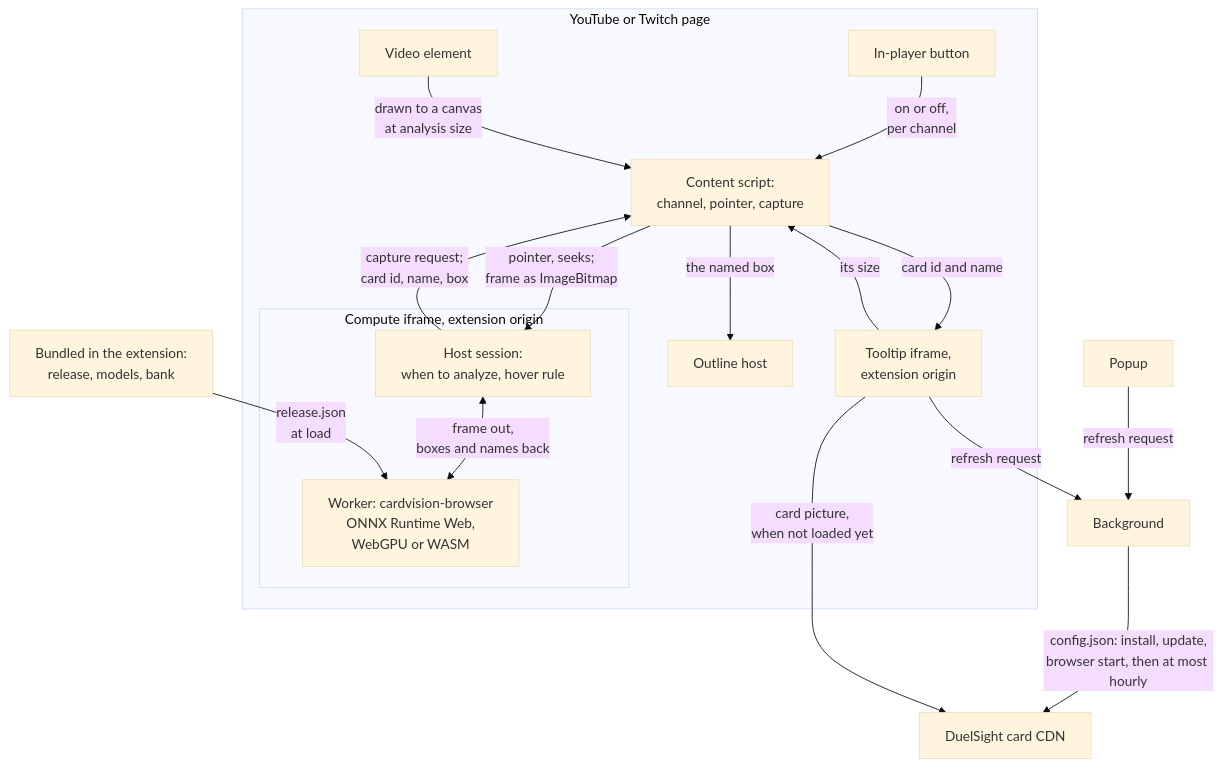
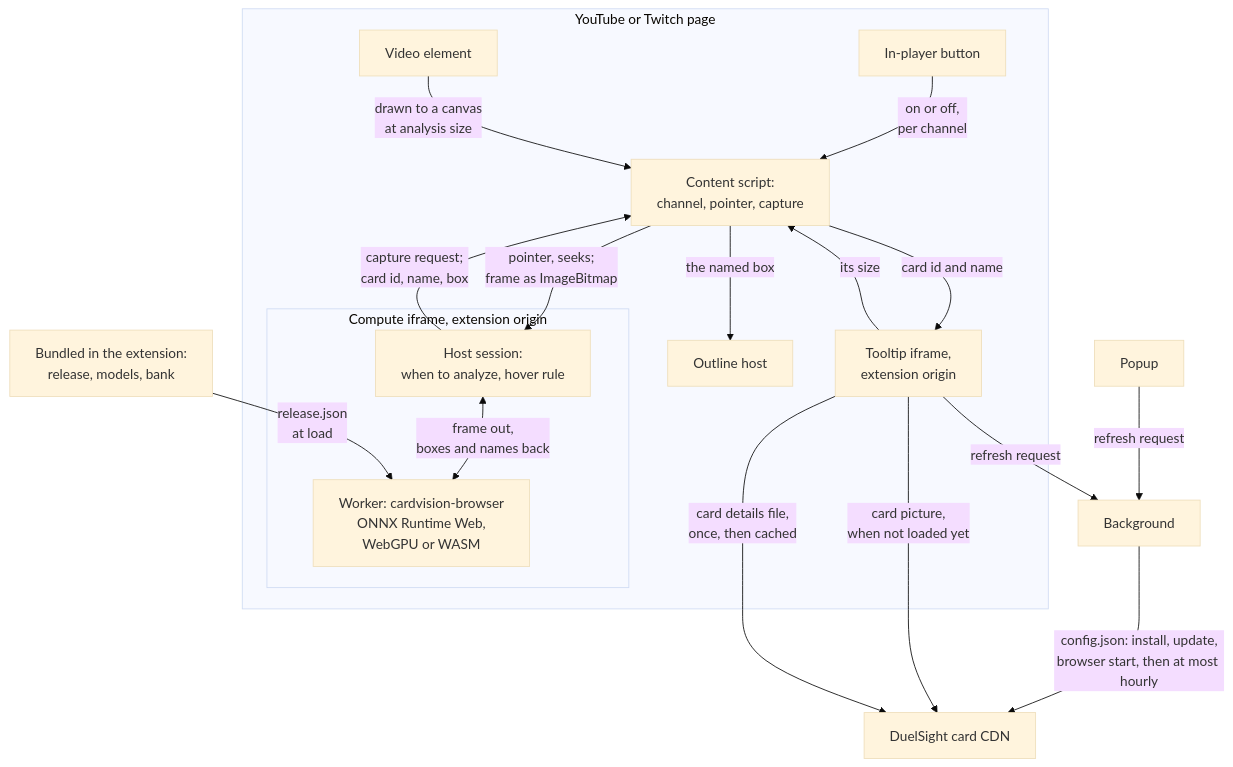
Before and after one commit to ryangswe/duelsight: the diagram in docs/how-it-works.md, drawn with Mermaid (base theme). The commit also changed other lines of this file and 7 other files, not shown here.

````diff
--- a/docs/how-it-works.md
+++ b/docs/how-it-works.md
@@ -33,32 +33,33 @@
 ```mermaid
 flowchart TD
     subgraph PAGE["YouTube or Twitch page"]
         VID["Video element"]
         CS["Content script:<br/>channel, pointer, capture"]
         BTN["In-player button"]
         OUT["Outline host"]
         subgraph CF["Compute iframe, extension origin"]
             HS["Host session:<br/>when to analyze, hover rule"]
             W["Worker: cardvision-browser<br/>ONNX Runtime Web,<br/>WebGPU or WASM"]
         end
         TT["Tooltip iframe,<br/>extension origin"]
     end
     PKG["Bundled in the extension:<br/>release, models, bank"]
     POP["Popup"]
     BG["Background"]
     CDN["DuelSight card CDN"]
 
     BTN -- "on or off,<br/>per channel" --> CS
     VID -- "drawn to a canvas<br/>at analysis size" --> CS
     CS -- "pointer, seeks;<br/>frame as ImageBitmap" --> HS
     HS -- "capture request;<br/>card id, name, box" --> CS
     HS <-- "frame out,<br/>boxes and names back" --> W
     PKG -- "release.json<br/>at load" --> W
     CS -- "card id and name" --> TT
     TT -- "its size" --> CS
     CS -- "the named box" --> OUT
     TT -- "refresh request" --> BG
     POP -- "refresh request" --> BG
     BG -- "config.json: install, update,<br/>browser start, then at most hourly" --> CDN
     TT -- "card picture,<br/>when not loaded yet" --> CDN
+    TT -- "card details file,<br/>once, then cached" --> CDN
 ```
````
